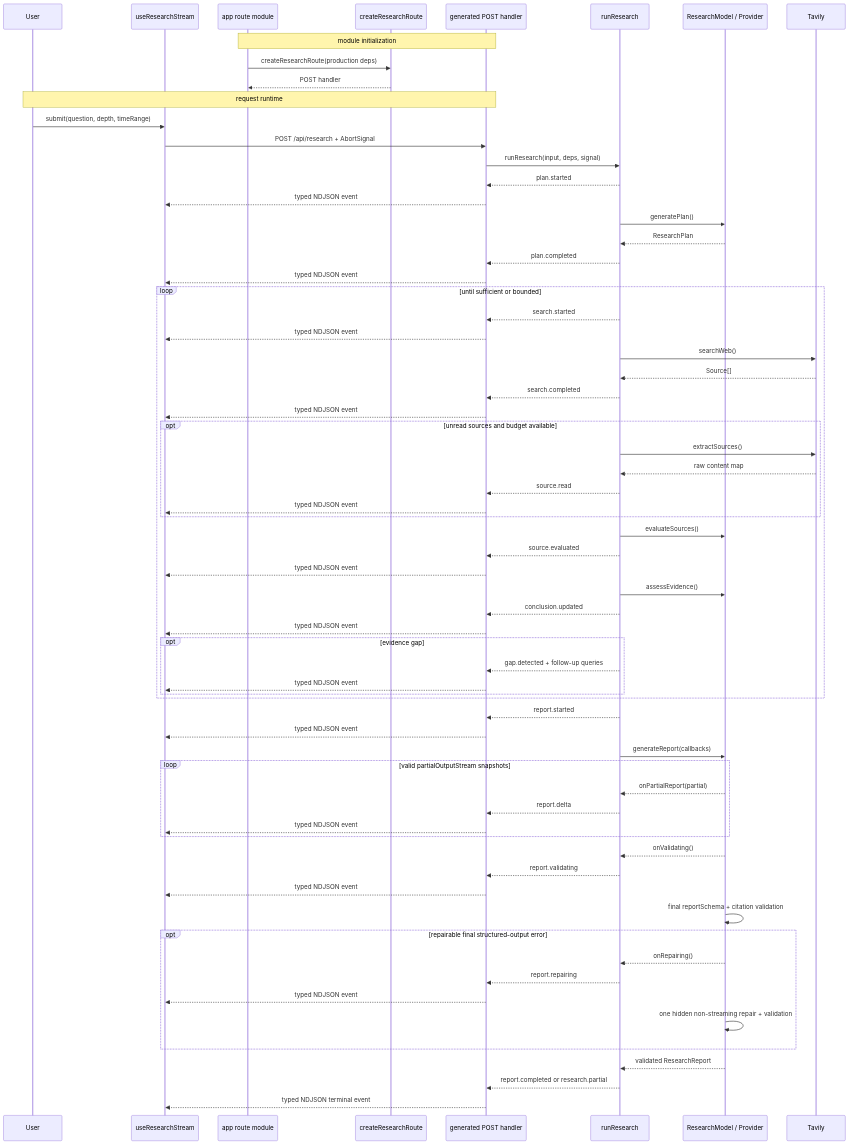
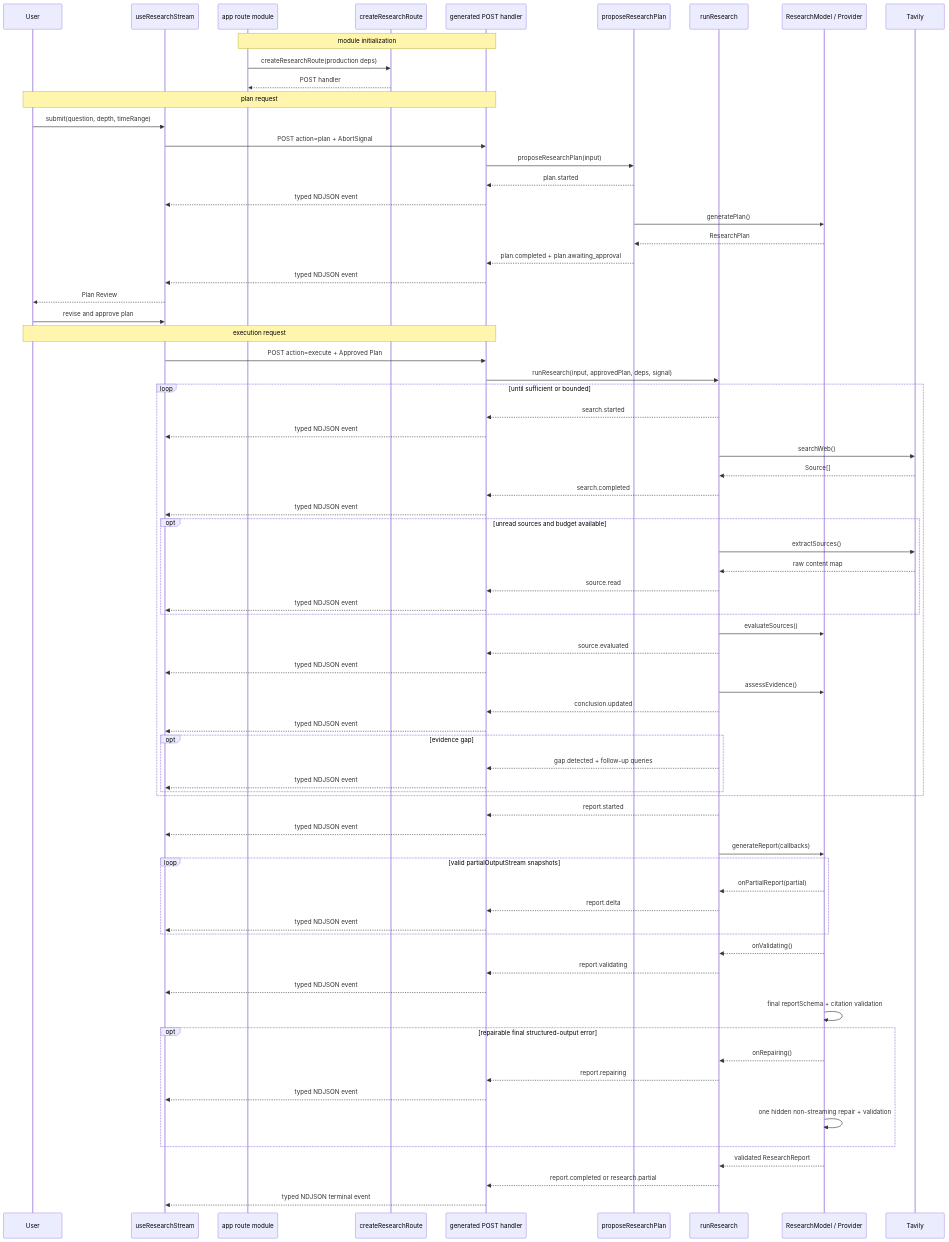
One commit to nightsu/research-agent-demo changed the second of 3 diagrams in docs/architecture.md. Above: the diagram before and after it, drawn with Mermaid. The commit also changed other lines of this file and 23 other files, not shown here.

````diff
--- a/docs/architecture.md
+++ b/docs/architecture.md
@@ -68,70 +69,76 @@
 ```mermaid
 sequenceDiagram
     participant U as User
     participant H as useResearchStream
     participant W as app route module
     participant F as createResearchRoute
     participant R as generated POST handler
+    participant P as proposeResearchPlan
     participant A as runResearch
     participant M as ResearchModel / Provider
     participant T as Tavily
 
     Note over W,R: module initialization
     W->>F: createResearchRoute(production deps)
     F-->>W: POST handler
-    Note over U,R: request runtime
+    Note over U,R: plan request
     U->>H: submit(question, depth, timeRange)
-    H->>R: POST /api/research + AbortSignal
-    R->>A: runResearch(input, deps, signal)
-    A-->>R: plan.started
+    H->>R: POST action=plan + AbortSignal
+    R->>P: proposeResearchPlan(input)
+    P-->>R: plan.started
     R-->>H: typed NDJSON event
-    A->>M: generatePlan()
-    M-->>A: ResearchPlan
-    A-->>R: plan.completed
+    P->>M: generatePlan()
+    M-->>P: ResearchPlan
+    P-->>R: plan.completed + plan.awaiting_approval
     R-->>H: typed NDJSON event
+    H-->>U: Plan Review
+    U->>H: revise and approve plan
+    Note over U,R: execution request
+    H->>R: POST action=execute + Approved Plan
+    R->>A: runResearch(input, approvedPlan, deps, signal)
     loop until sufficient or bounded
       A-->>R: search.started
       R-->>H: typed NDJSON event
       A->>T: searchWeb()
       T-->>A: Source[]
       A-->>R: search.completed
       R-->>H: typed NDJSON event
       opt unread sources and budget available
         A->>T: extractSources()
         T-->>A: raw content map
         A-->>R: source.read
         R-->>H: typed NDJSON event
       end
       A->>M: evaluateSources()
       A-->>R: source.evaluated
       R-->>H: typed NDJSON event
       A->>M: assessEvidence()
       A-->>R: conclusion.updated
       R-->>H: typed NDJSON event
       opt evidence gap
         A-->>R: gap.detected + follow-up queries
         R-->>H: typed NDJSON event
       end
     end
     A-->>R: report.started
     R-->>H: typed NDJSON event
     A->>M: generateReport(callbacks)
     loop valid partialOutputStream snapshots
       M-->>A: onPartialReport(partial)
       A-->>R: report.delta
       R-->>H: typed NDJSON event
     end
     M-->>A: onValidating()
     A-->>R: report.validating
     R-->>H: typed NDJSON event
     M->>M: final reportSchema + citation validation
     opt repairable final structured-output error
       M-->>A: onRepairing()
       A-->>R: report.repairing
       R-->>H: typed NDJSON event
       M->>M: one hidden non-streaming repair + validation
     end
     M-->>A: validated ResearchReport
     A-->>R: report.completed or research.partial
     R-->>H: typed NDJSON terminal event
 ```
````
